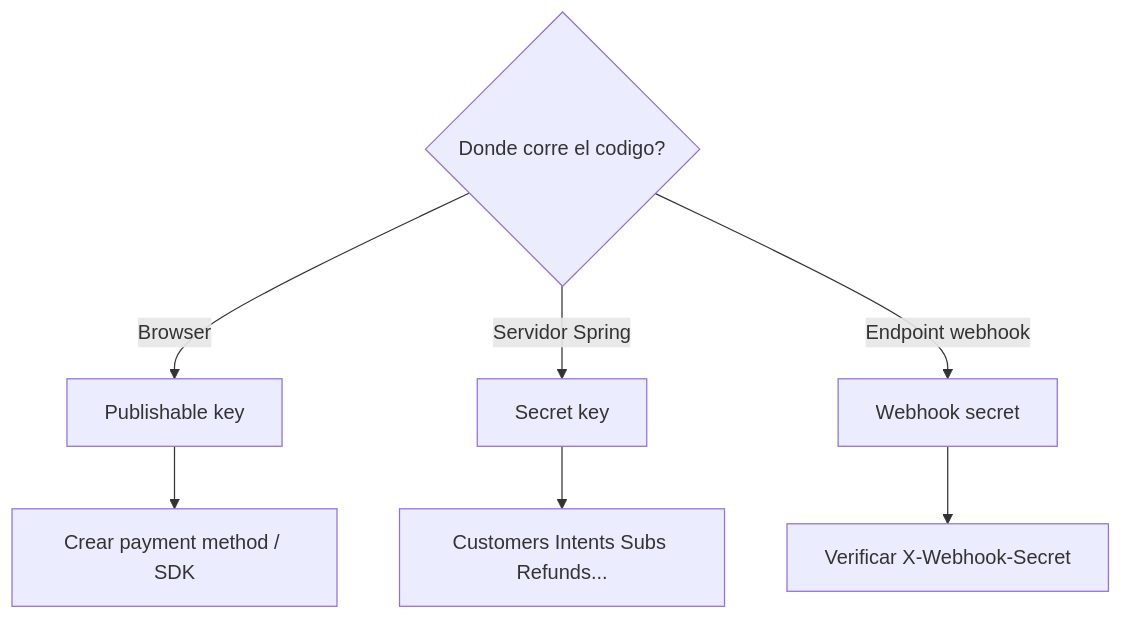
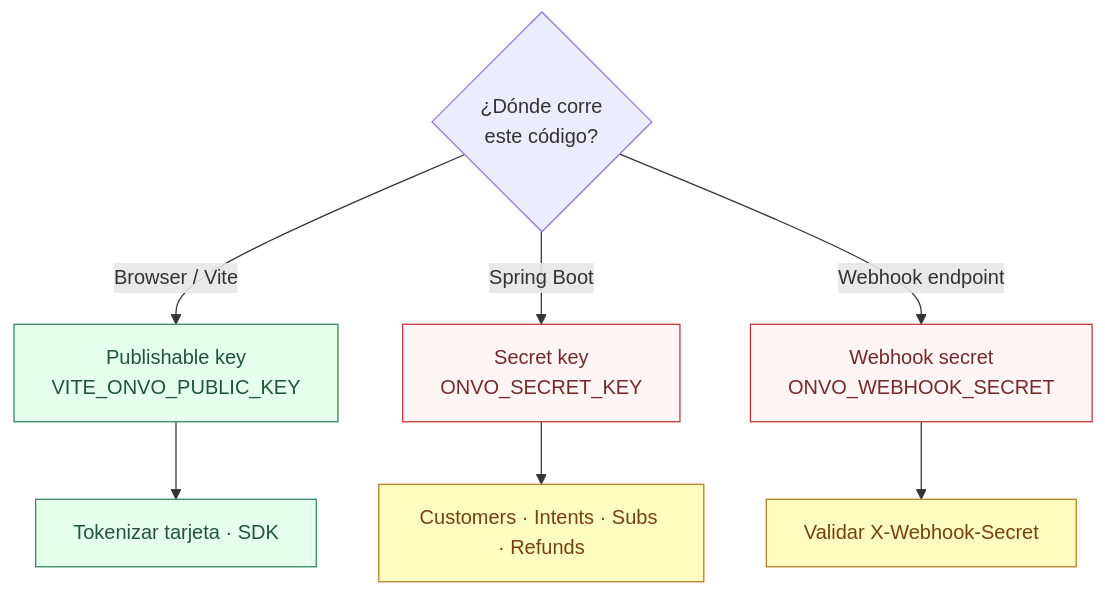
One commit to PlatformCR/Platform changed the diagram in 04-Learning Path/00-fundamentos/03-keys-y-secretos.md. Above: the diagram before and after it, drawn with Mermaid. The commit also changed other lines of this file and 10 other files, not shown here.

````diff
--- a/04-Learning Path/00-fundamentos/03-keys-y-secretos.md
+++ b/04-Learning Path/00-fundamentos/03-keys-y-secretos.md
@@ -63,10 +77,19 @@
 ```mermaid
-flowchart TD
-  Q{Donde corre el codigo?}
-  Q -->|Browser| Pub[Publishable key]
-  Q -->|Servidor Spring| Sec[Secret key]
-  Q -->|Endpoint webhook| Wh[Webhook secret]
-  Pub --> PM[Crear payment method / SDK]
-  Sec --> API[Customers Intents Subs Refunds...]
-  Wh --> Verify[Verificar X-Webhook-Secret]
+flowchart TB
+  Q{"¿Dónde corre<br/>este código?"}
+
+  Q -->|Browser / Vite| Pub["Publishable key<br/>VITE_ONVO_PUBLIC_KEY"]
+  Q -->|Spring Boot| Sec["Secret key<br/>ONVO_SECRET_KEY"]
+  Q -->|Webhook endpoint| Wh["Webhook secret<br/>ONVO_WEBHOOK_SECRET"]
+
+  Pub --> A["Tokenizar tarjeta · SDK"]
+  Sec --> B["Customers · Intents · Subs · Refunds"]
+  Wh --> C["Validar X-Webhook-Secret"]
+
+  classDef ok fill:#e6ffed,stroke:#2f855a,color:#22543d
+  classDef secret fill:#fff5f5,stroke:#c53030,color:#742a2a
+  classDef mid fill:#fefcbf,stroke:#b7791f,color:#744210
+  class Pub,A ok
+  class Sec,Wh secret
+  class B,C mid
 ```
````
